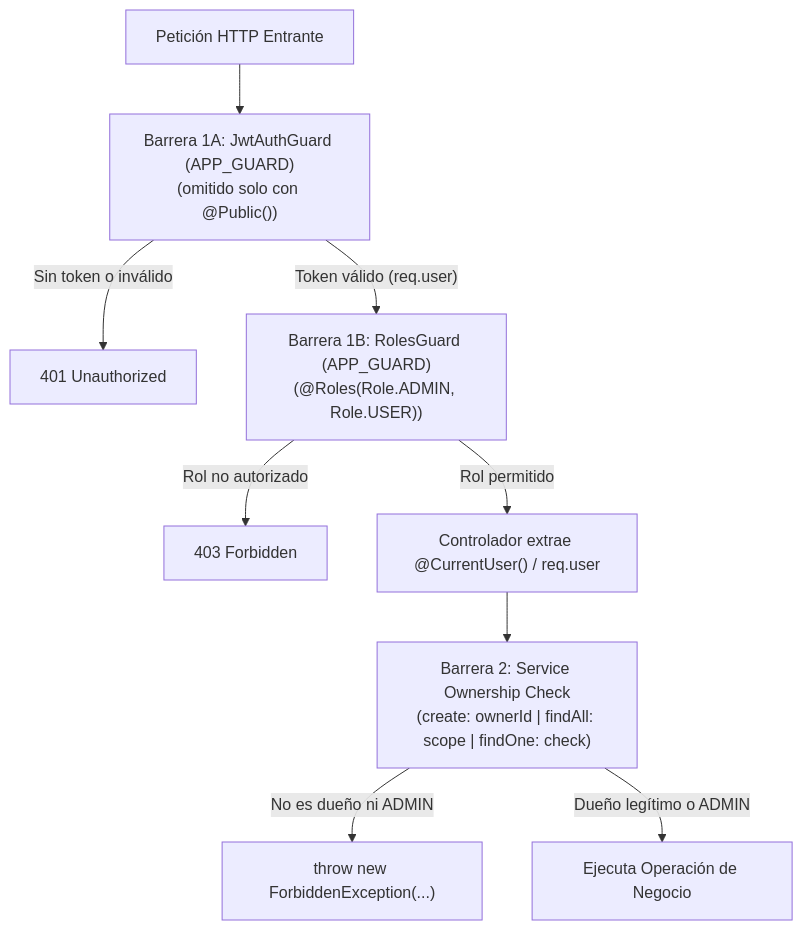
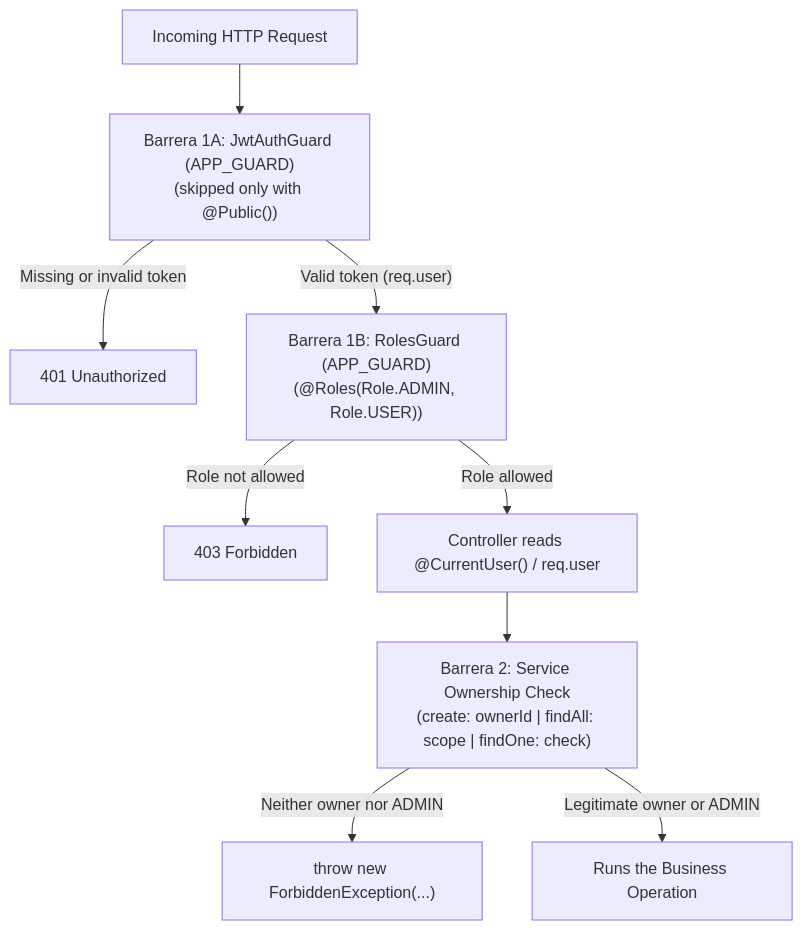
The diagram in skills/architecture/nestjs-architecture/references/rbac-and-ownership.md (bryanus1/agent-skills), drawn with Mermaid before and after one commit. The commit also changed other lines of this file and 55 other files, not shown here.

First line of the commit message:
docs(architecture): translate the architecture skills to English (#31)

````diff
--- a/skills/architecture/nestjs-architecture/references/rbac-and-ownership.md
+++ b/skills/architecture/nestjs-architecture/references/rbac-and-ownership.md
@@ -9,11 +9,11 @@
 ```mermaid
 flowchart TD
-    A["Petición HTTP Entrante"] --> B["Barrera 1A: JwtAuthGuard (APP_GUARD)\n(omitido solo con @Public())"]
-    B -- "Sin token o inválido" --> C["401 Unauthorized"]
-    B -- "Token válido (req.user)" --> D["Barrera 1B: RolesGuard (APP_GUARD)\n(@Roles(Role.ADMIN, Role.USER))"]
-    D -- "Rol no autorizado" --> E["403 Forbidden"]
-    D -- "Rol permitido" --> F["Controlador extrae @CurrentUser() / req.user"]
+    A["Incoming HTTP Request"] --> B["Barrera 1A: JwtAuthGuard (APP_GUARD)\n(skipped only with @Public())"]
+    B -- "Missing or invalid token" --> C["401 Unauthorized"]
+    B -- "Valid token (req.user)" --> D["Barrera 1B: RolesGuard (APP_GUARD)\n(@Roles(Role.ADMIN, Role.USER))"]
+    D -- "Role not allowed" --> E["403 Forbidden"]
+    D -- "Role allowed" --> F["Controller reads @CurrentUser() / req.user"]
     F --> G["Barrera 2: Service Ownership Check\n(create: ownerId | findAll: scope | findOne: check)"]
-    G -- "No es dueño ni ADMIN" --> H["throw new ForbiddenException(...)"]
-    G -- "Dueño legítimo o ADMIN" --> I["Ejecuta Operación de Negocio"]
+    G -- "Neither owner nor ADMIN" --> H["throw new ForbiddenException(...)"]
+    G -- "Legitimate owner or ADMIN" --> I["Runs the Business Operation"]
 ```
````
